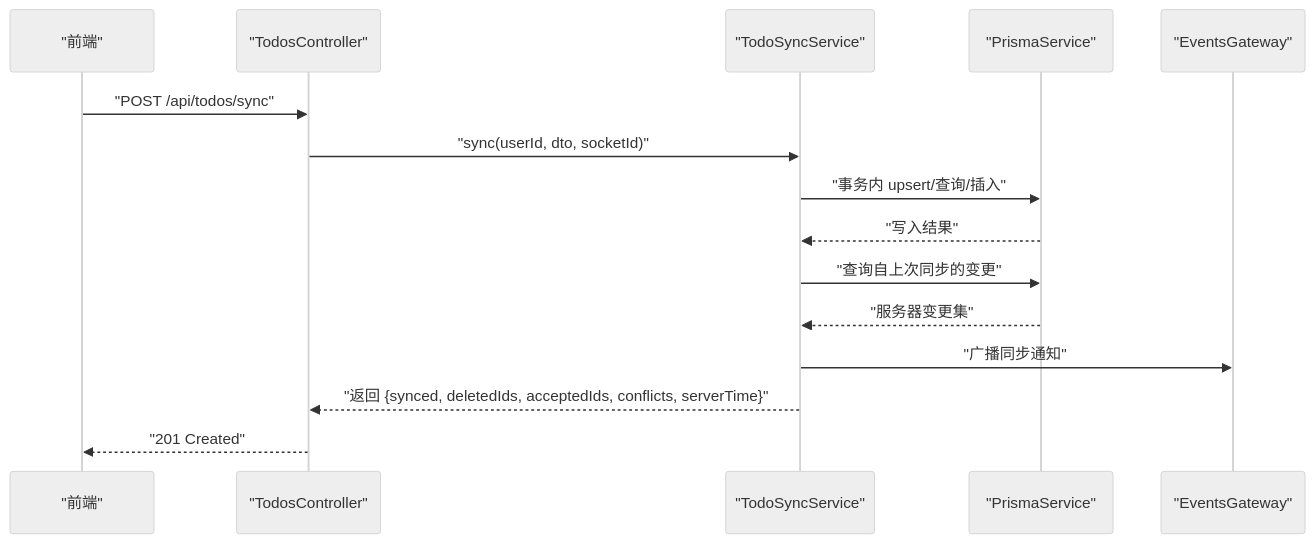
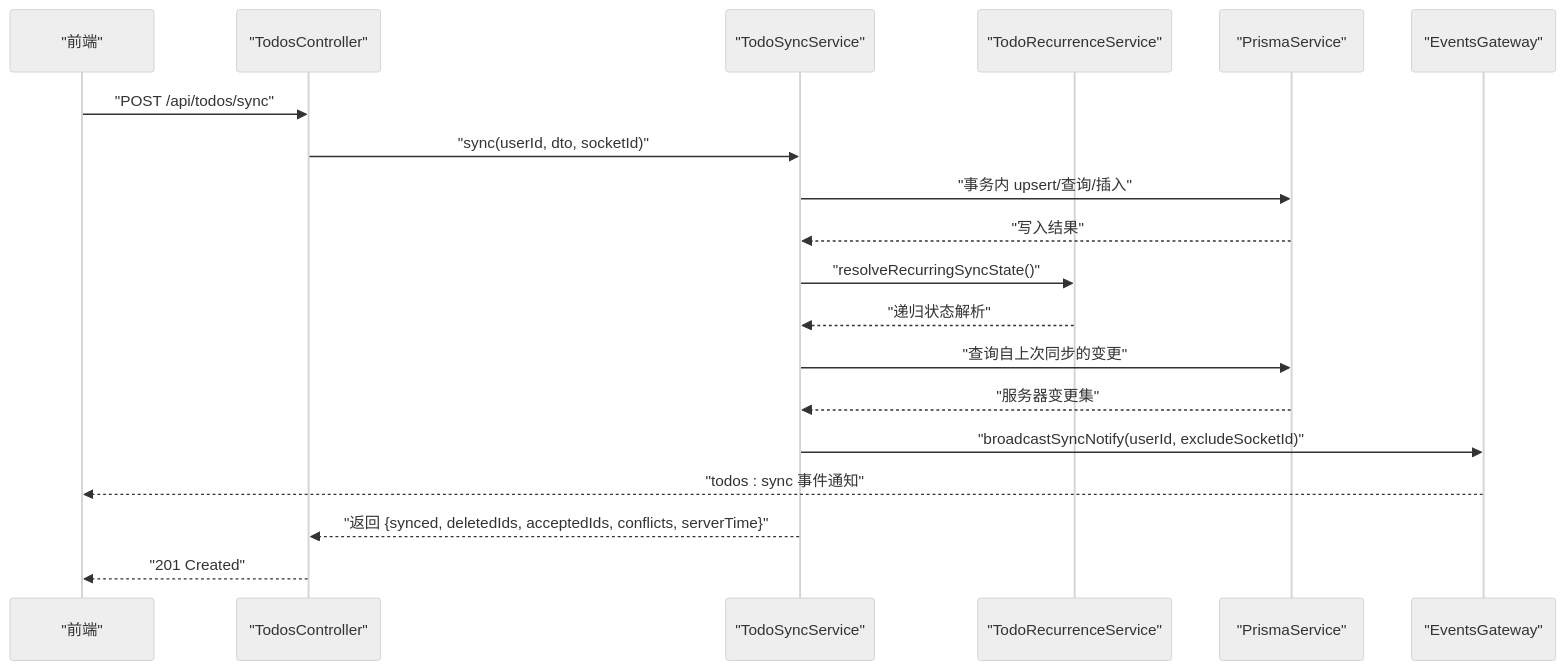
Before and after one commit to xixixiaoyu/Todo: the second of 4 diagrams in .qoder/repowiki/zh/content/后端开发/待办事项模块/API 接口规范.md, drawn with Mermaid (neutral theme). The commit also changed other lines of this file and 77 other files, not shown here.

````diff
--- a/.qoder/repowiki/zh/content/后端开发/待办事项模块/API 接口规范.md
+++ b/.qoder/repowiki/zh/content/后端开发/待办事项模块/API 接口规范.md
@@ -116,17 +148,21 @@
 ```mermaid
 sequenceDiagram
 participant FE as "前端"
 participant CTRL as "TodosController"
 participant SYNC as "TodoSyncService"
+participant REC as "TodoRecurrenceService"
 participant PRISMA as "PrismaService"
 participant EVT as "EventsGateway"
 FE->>CTRL : "POST /api/todos/sync"
 CTRL->>SYNC : "sync(userId, dto, socketId)"
 SYNC->>PRISMA : "事务内 upsert/查询/插入"
 PRISMA-->>SYNC : "写入结果"
+SYNC->>REC : "resolveRecurringSyncState()"
+REC-->>SYNC : "递归状态解析"
 SYNC->>PRISMA : "查询自上次同步的变更"
 PRISMA-->>SYNC : "服务器变更集"
-SYNC->>EVT : "广播同步通知"
+SYNC->>EVT : "broadcastSyncNotify(userId, excludeSocketId)"
+EVT-->>FE : "todos : sync 事件通知"
 SYNC-->>CTRL : "返回 {synced, deletedIds, acceptedIds, conflicts, serverTime}"
 CTRL-->>FE : "201 Created"
 ```
````
